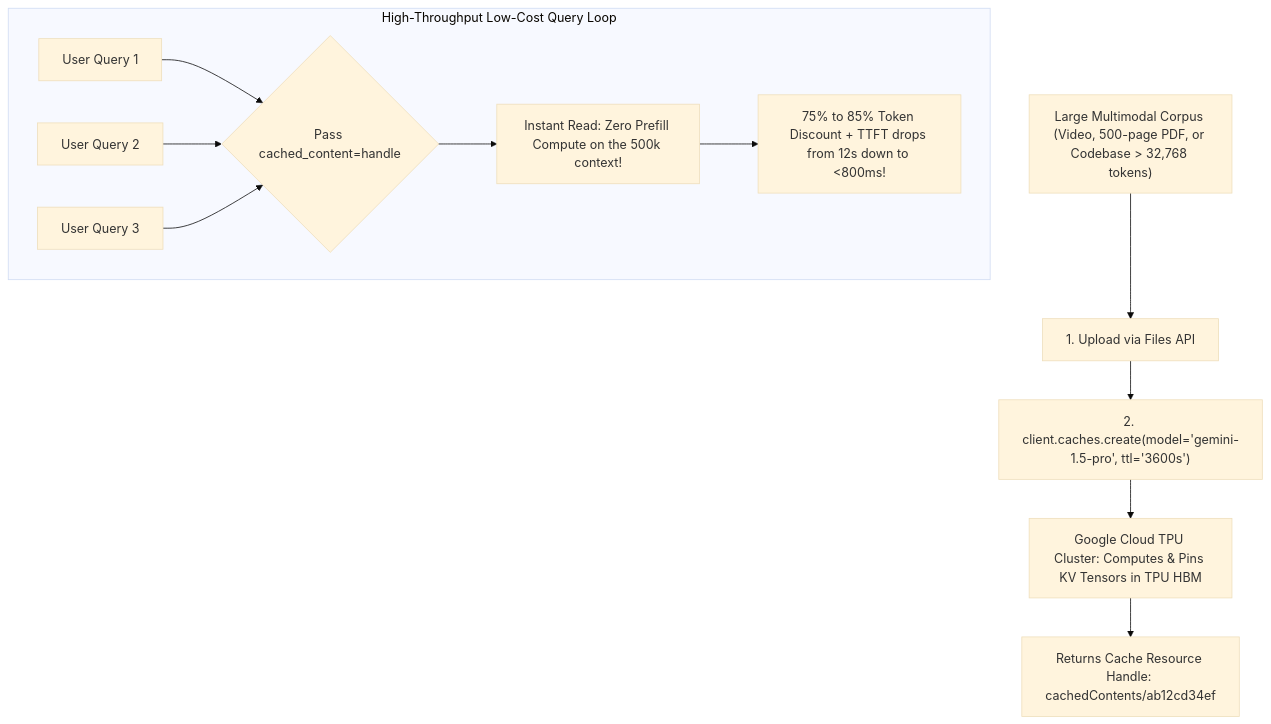
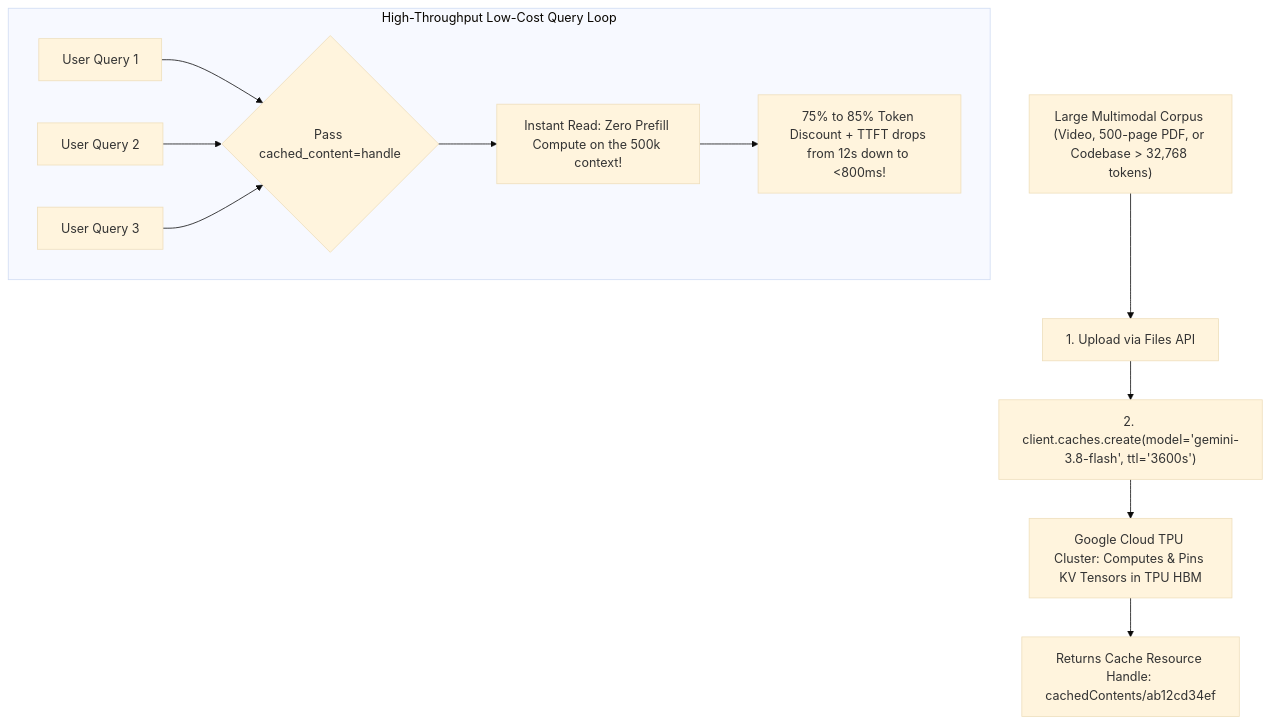
One commit to TheLearningHubOrg/learn-gemini changed the eighth of 17 diagrams in README.md. Above: the diagram before and after it, drawn with Mermaid (base theme). The commit also changed other lines of this file, not shown here.

Commit message:
Update README to Gemini 3.x models and current SDK guidance

````diff
--- a/README.md
+++ b/README.md
@@ -413,17 +418,17 @@
 ```mermaid
 flowchart TD
     Asset["Large Multimodal Corpus (Video, 500-page PDF, or Codebase > 32,768 tokens)"] --> Upload["1. Upload via Files API"]
-    Upload --> CreateCache["2. client.caches.create(model='gemini-1.5-pro', ttl='3600s')"]
+    Upload --> CreateCache["2. client.caches.create(model='gemini-3.8-flash', ttl='3600s')"]
     
     CreateCache --> TPUCluster["Google Cloud TPU Cluster: Computes & Pins KV Tensors in TPU HBM"]
     TPUCluster --> CacheHandle["Returns Cache Resource Handle: cachedContents/ab12cd34ef"]
     
     subgraph QueryExecution["High-Throughput Low-Cost Query Loop"]
         Q1["User Query 1"] --> CacheHit{"Pass cached_content=handle"}
         Q2["User Query 2"] --> CacheHit
         Q3["User Query 3"] --> CacheHit
         
         CacheHit --> FastPath["Instant Read: Zero Prefill Compute on the 500k context!"]
         FastPath --> Savings["75% to 85% Token Discount + TTFT drops from 12s down to <800ms!"]
     end
 ```
````
